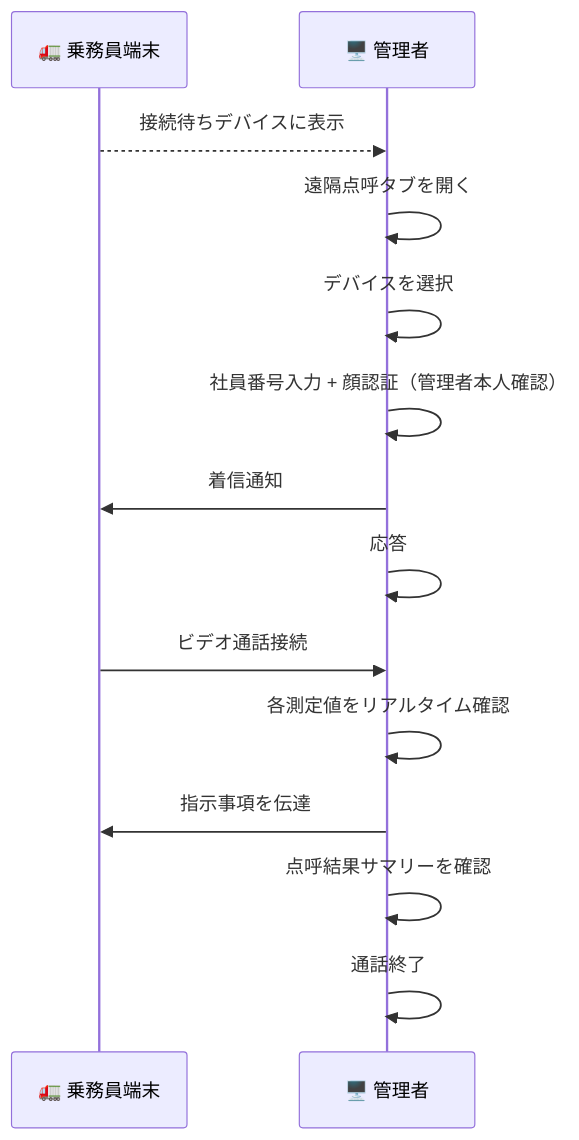
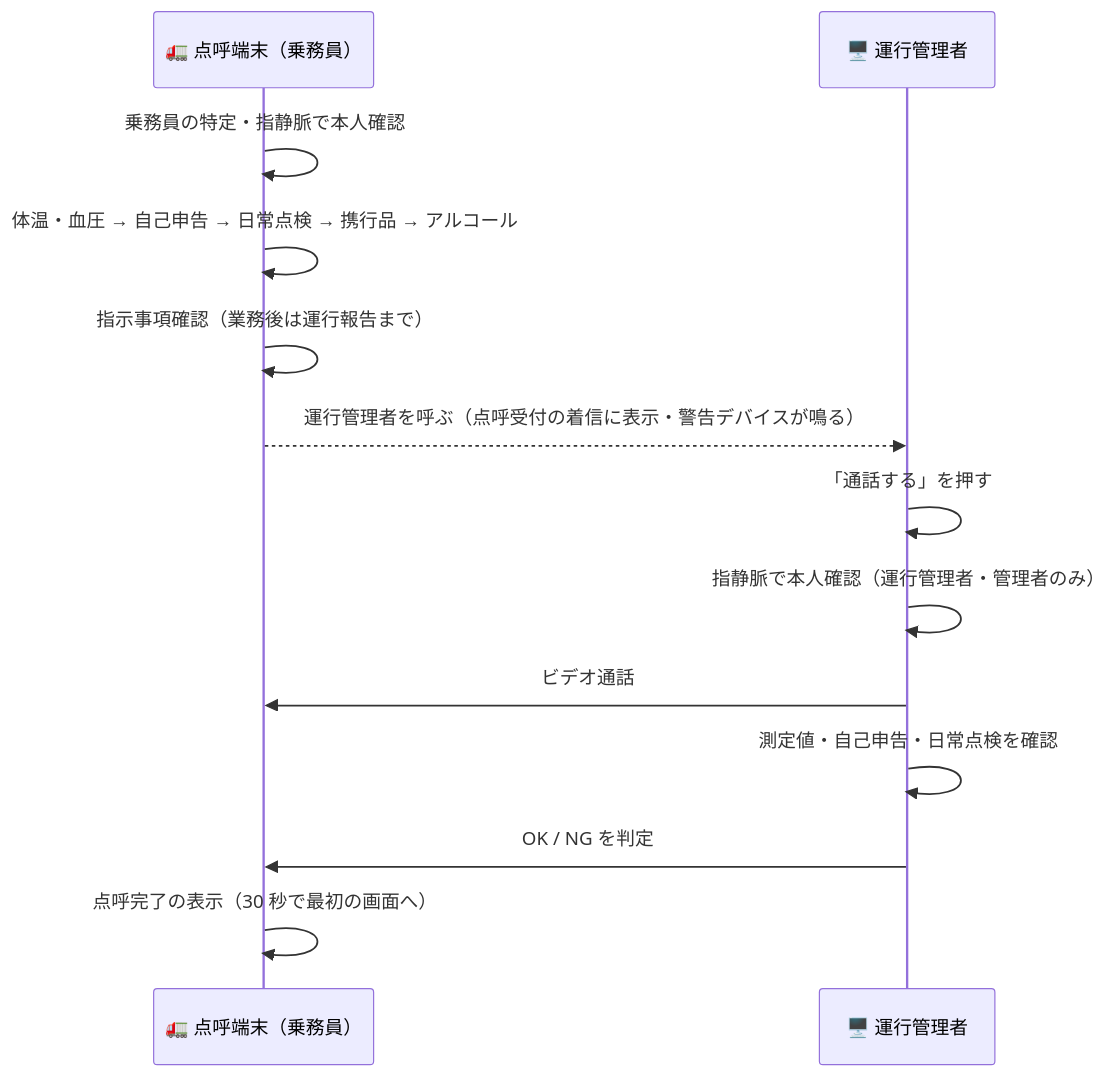
Before and after one commit to ippoan/alc-app: the diagram in docs/admin/remote-tenko.md, drawn with Mermaid. The commit also changed other lines of this file and 18 other files, not shown here.

````diff
--- a/docs/admin/remote-tenko.md
+++ b/docs/admin/remote-tenko.md
@@ -9,17 +16,16 @@
 ```mermaid
 sequenceDiagram
-    participant D as 🚛 乗務員端末
-    participant M as 🖥️ 管理者
+    participant D as 🚛 点呼端末（乗務員）
+    participant M as 🖥️ 運行管理者
 
-    D-->>M: 接続待ちデバイスに表示
-    M->>M: 遠隔点呼タブを開く
-    M->>M: デバイスを選択
-    M->>M: 社員番号入力 + 顔認証（管理者本人確認）
-    M->>D: 着信通知
-    M->>M: 応答
-    D->>M: ビデオ通話接続
-    M->>M: 各測定値をリアルタイム確認
-    M->>D: 指示事項を伝達
-    M->>M: 点呼結果サマリーを確認
-    M->>M: 通話終了
+    D->>D: 乗務員の特定・指静脈で本人確認
+    D->>D: 体温・血圧 → 自己申告 → 日常点検 → 携行品 → アルコール
+    D->>D: 指示事項確認（業務後は運行報告まで）
+    D-->>M: 運行管理者を呼ぶ（点呼受付の着信に表示・警告デバイスが鳴る）
+    M->>M: 「通話する」を押す
+    M->>M: 指静脈で本人確認（運行管理者・管理者のみ）
+    M->>D: ビデオ通話
+    M->>M: 測定値・自己申告・日常点検を確認
+    M->>D: OK / NG を判定
+    D->>D: 点呼完了の表示（30 秒で最初の画面へ）
 ```
````
